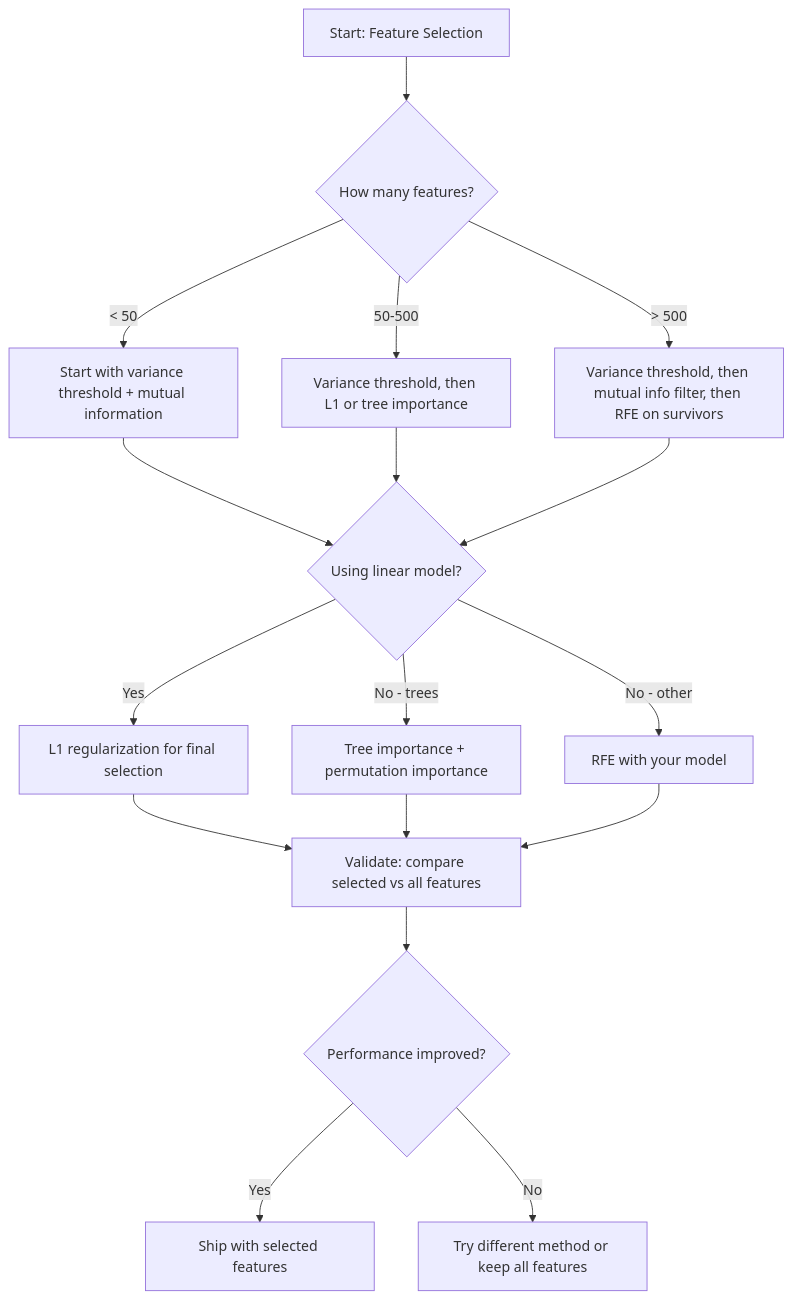
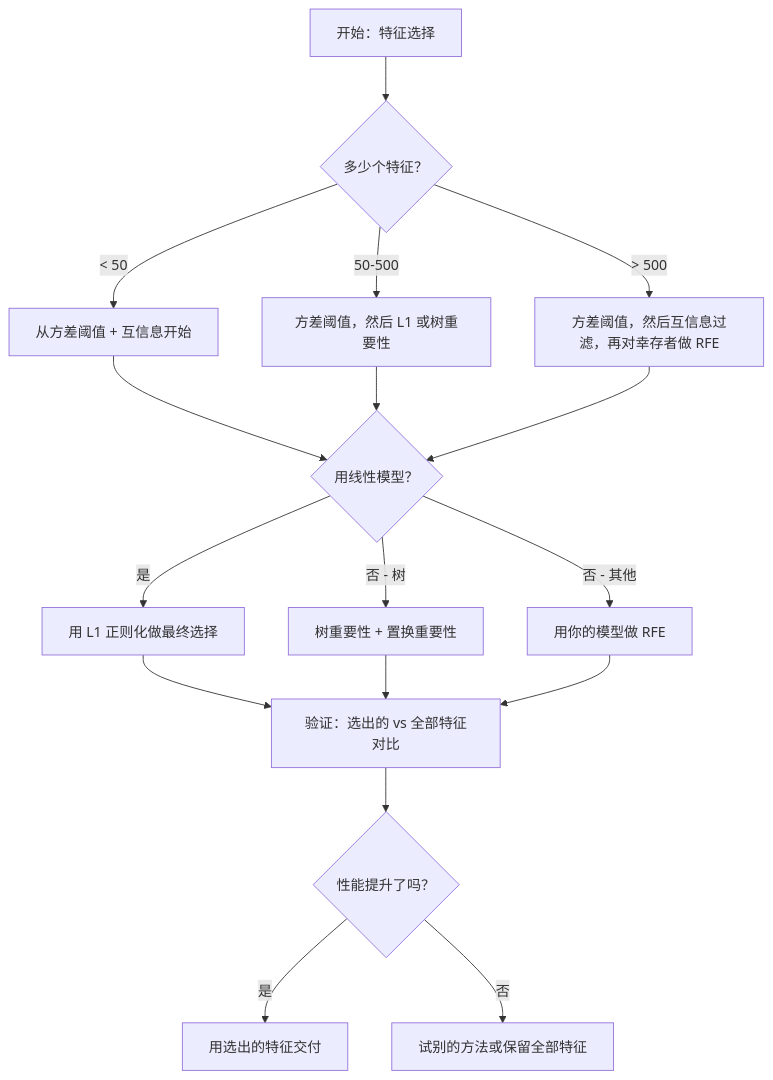
One commit to alessandrodinisio-ai/ai-engineering-learning-framework changed the fourth of 4 diagrams in phases/02-ml-fundamentals/18-feature-selection/docs/en.md. Above: the diagram before and after it, drawn with Mermaid. The commit also changed other lines of this file and 443 other files, not shown here.

First line of the commit message:
feat(zh): 完成 435 节课程文档 + README/ROADMAP/术语表 + 网站 UI 全量中文化

````diff
--- a/phases/02-ml-fundamentals/18-feature-selection/docs/en.md
+++ b/phases/02-ml-fundamentals/18-feature-selection/docs/en.md
@@ -181,23 +181,23 @@
 ```mermaid
 flowchart TD
-    A[Start: Feature Selection] --> B{How many features?}
-    B -->|"< 50"| C["Start with variance threshold + mutual information"]
-    B -->|"50-500"| D["Variance threshold, then L1 or tree importance"]
-    B -->|"> 500"| E["Variance threshold, then mutual info filter, then RFE on survivors"]
+    A[开始：特征选择] --> B{多少个特征？}
+    B -->|"< 50"| C["从方差阈值 + 互信息开始"]
+    B -->|"50-500"| D["方差阈值，然后 L1 或树重要性"]
+    B -->|"> 500"| E["方差阈值，然后互信息过滤，再对幸存者做 RFE"]
 
-    C --> F{Using linear model?}
+    C --> F{用线性模型？}
     D --> F
     E --> F
 
-    F -->|Yes| G["L1 regularization for final selection"]
-    F -->|No - trees| H["Tree importance + permutation importance"]
-    F -->|No - other| I["RFE with your model"]
+    F -->|是| G["用 L1 正则化做最终选择"]
+    F -->|否 - 树| H["树重要性 + 置换重要性"]
+    F -->|否 - 其他| I["用你的模型做 RFE"]
 
-    G --> J[Validate: compare selected vs all features]
+    G --> J[验证：选出的 vs 全部特征对比]
     H --> J
     I --> J
 
-    J --> K{Performance improved?}
-    K -->|Yes| L["Ship with selected features"]
-    K -->|No| M["Try different method or keep all features"]
+    J --> K{性能提升了吗？}
+    K -->|是| L["用选出的特征交付"]
+    K -->|否| M["试别的方法或保留全部特征"]
 ```
````
